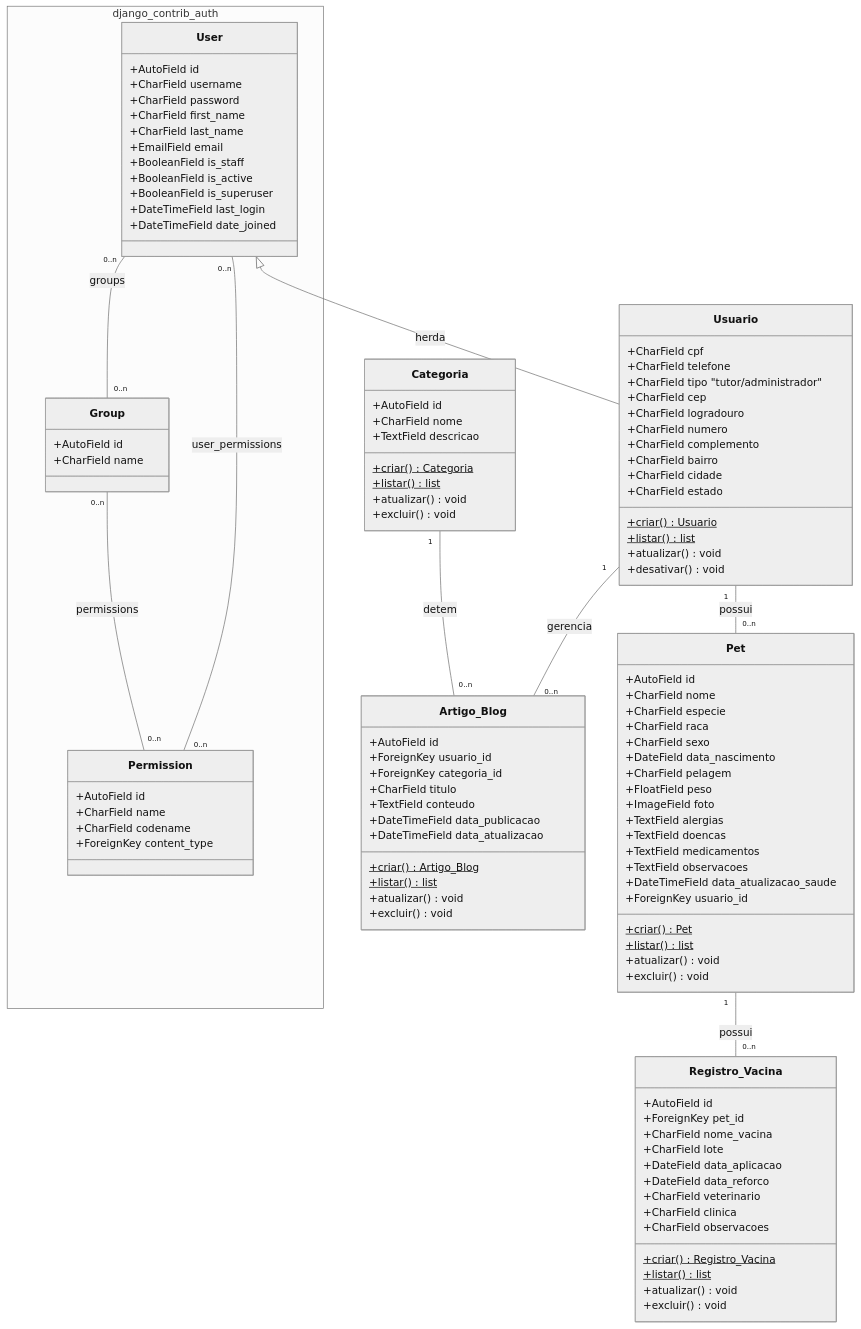
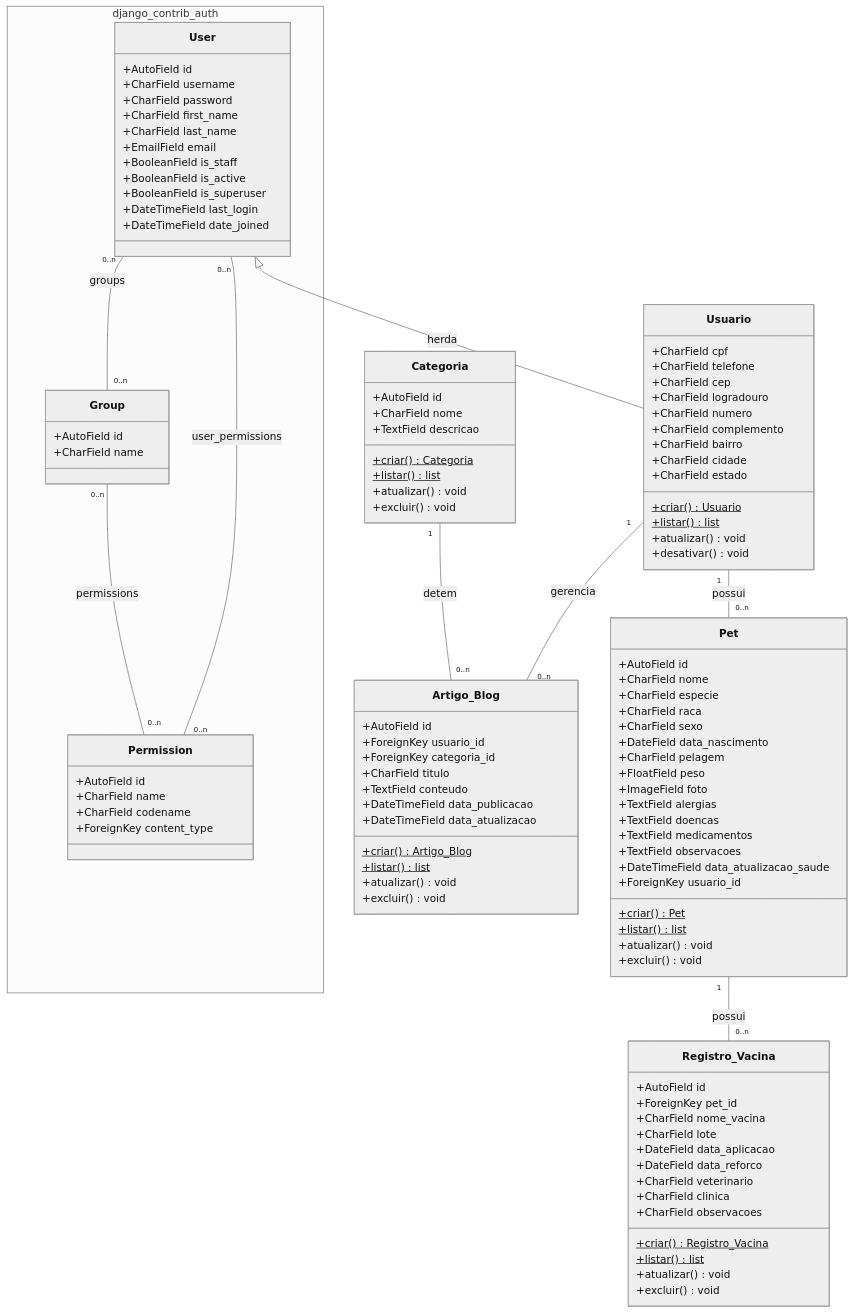
One commit to ErickGuxta/save_pet changed the diagram in diagramaUML.mmd. Above: the diagram before and after it, drawn with Mermaid (neutral theme). The commit also changed 18 other files, not shown here.

Commit message:
feat: correção final UML e User

```diff
--- a/diagramaUML.mmd
+++ b/diagramaUML.mmd
@@ -1,119 +1,118 @@
 classDiagram
     namespace django_contrib_auth {
         class User {
             +AutoField id
             +CharField username
             +CharField password
             +CharField first_name
             +CharField last_name
             +EmailField email
             +BooleanField is_staff
             +BooleanField is_active
             +BooleanField is_superuser
             +DateTimeField last_login
             +DateTimeField date_joined
         }
 
         class Group {
             +AutoField id
             +CharField name
         }
 
         class Permission {
             +AutoField id
             +CharField name
             +CharField codename
             +ForeignKey content_type
         }
     }
 
     User "0..n" -- "0..n" Group : groups
     User "0..n" -- "0..n" Permission : user_permissions
     Group "0..n" -- "0..n" Permission : permissions
 
     %% ===================== DOMÍNIO SAVEPET =====================
     class Usuario {
         +CharField cpf
         +CharField telefone
-        +CharField tipo "tutor/administrador"
         +CharField cep
         +CharField logradouro
         +CharField numero
         +CharField complemento
         +CharField bairro
         +CharField cidade
         +CharField estado
         +criar()$ Usuario
         +listar()$ list
         +atualizar() void
         +desativar() void
     }
     User <|-- Usuario : herda
 
     class Pet {
         +AutoField id
         +CharField nome
         +CharField especie
         +CharField raca
         +CharField sexo
         +DateField data_nascimento
         +CharField pelagem
         +FloatField peso
         +ImageField foto
         +TextField alergias
         +TextField doencas
         +TextField medicamentos
         +TextField observacoes
         +DateTimeField data_atualizacao_saude
         +ForeignKey usuario_id
         +criar()$ Pet
         +listar()$ list
         +atualizar() void
         +excluir() void
     }
 
     class Registro_Vacina {
         +AutoField id
         +ForeignKey pet_id
         +CharField nome_vacina
         +CharField lote
         +DateField data_aplicacao
         +DateField data_reforco
         +CharField veterinario
         +CharField clinica
         +CharField observacoes
 
         +criar()$ Registro_Vacina
         +listar()$ list
         +atualizar() void
         +excluir() void
     }
 
     class Categoria {
         +AutoField id
         +CharField nome
         +TextField descricao
         +criar()$ Categoria
         +listar()$ list
         +atualizar() void
         +excluir() void
     }
 
     class Artigo_Blog {
         +AutoField id
         +ForeignKey usuario_id
         +ForeignKey categoria_id
         +CharField titulo
         +TextField conteudo
         +DateTimeField data_publicacao
         +DateTimeField data_atualizacao
         +criar()$ Artigo_Blog
         +listar()$ list
         +atualizar() void
         +excluir() void
     }
 
     Usuario "1" -- "0..n" Pet : possui
     Usuario "1" -- "0..n" Artigo_Blog : gerencia
     Pet "1" -- "0..n" Registro_Vacina : possui
     Categoria "1" -- "0..n" Artigo_Blog : detem
```
